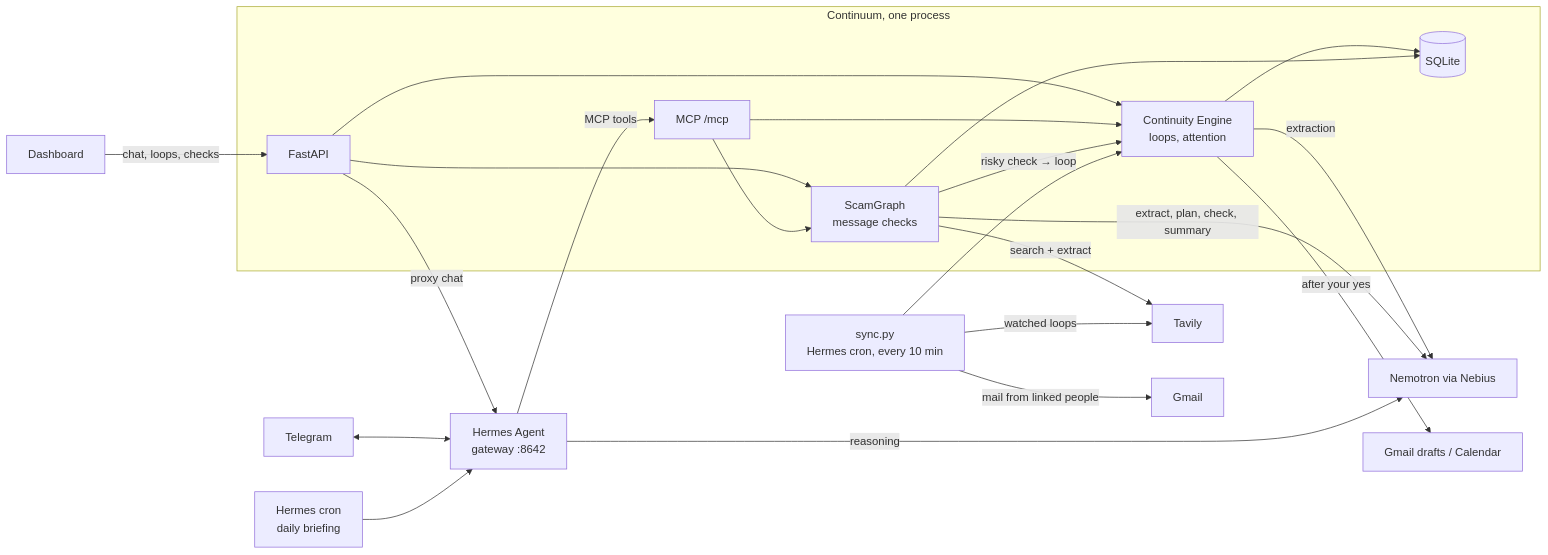
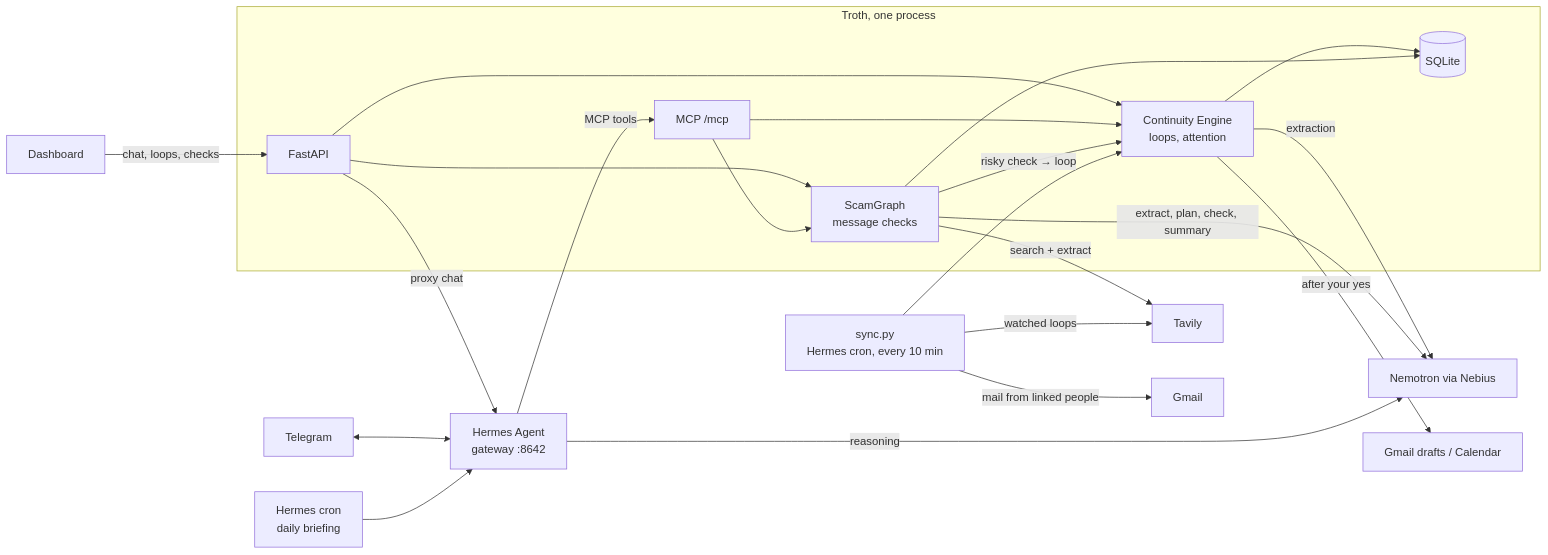
Before and after one commit to ADAMAMZAR/rickrolled_nebiusxtavily: the diagram in README.md, drawn with Mermaid. The commit also changed other lines of this file and 30 other files, not shown here.

````diff
--- a/README.md
+++ b/README.md
@@ -97,30 +97,30 @@
 ```mermaid
 flowchart LR
-    subgraph C[Continuum, one process]
+    subgraph C[Troth, one process]
         API[FastAPI]
         MCP[MCP /mcp]
         E[Continuity Engine<br/>loops, attention]
         I[ScamGraph<br/>message checks]
         DB[(SQLite)]
         API --> E
         API --> I
         MCP --> E
         MCP --> I
         I -->|risky check → loop| E
         E --> DB
         I --> DB
     end
     UI[Dashboard] -->|chat, loops, checks| API
     TG[Telegram] <--> H
     CRON[Hermes cron<br/>daily briefing] --> H
     API -->|proxy chat| H[Hermes Agent<br/>gateway :8642]
     H -->|reasoning| N[Nemotron via Nebius]
     H -->|MCP tools| MCP
     E -->|extraction| N
     I -->|extract, plan, check, summary| N
     I -->|search + extract| T[Tavily]
     SYNC[sync.py<br/>Hermes cron, every 10 min] --> E
     SYNC -->|mail from linked people| GM[Gmail]
     SYNC -->|watched loops| T
     E -->|after your yes| GA[Gmail drafts / Calendar]
 ```
````
